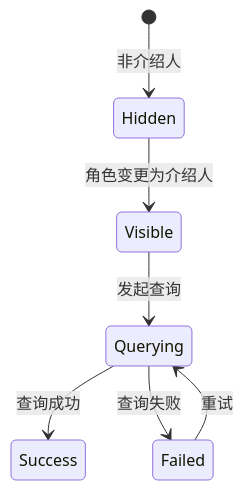
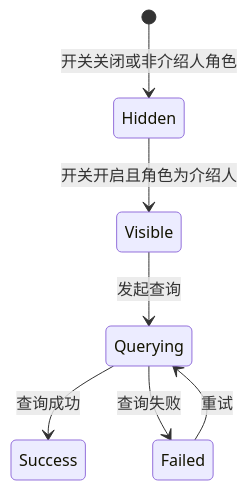
Before and after one commit to TK0918/BestAds: diagram 15 of 15 in PRD/introducer-spitpoint-prd.md, drawn with Mermaid. The commit also changed other lines of this file and 64 other files, not shown here.

````diff
--- a/PRD/introducer-spitpoint-prd.md
+++ b/PRD/introducer-spitpoint-prd.md
@@ -387,9 +649,9 @@
 ```mermaid
 stateDiagram-v2
-  [*] --> Hidden: 非介绍人
-  Hidden --> Visible: 角色变更为介绍人
+  [*] --> Hidden: 开关关闭或非介绍人角色
+  Hidden --> Visible: 开关开启且角色为介绍人
   Visible --> Querying: 发起查询
   Querying --> Success: 查询成功
   Querying --> Failed: 查询失败
   Failed --> Querying: 重试
 ```
````
